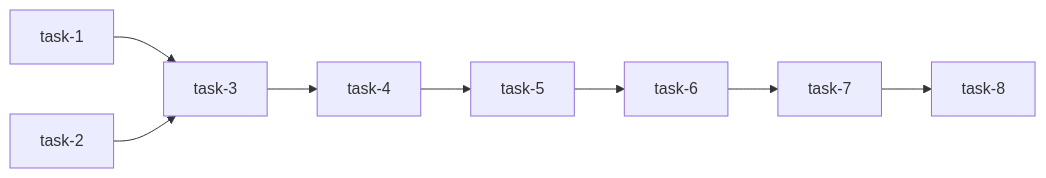
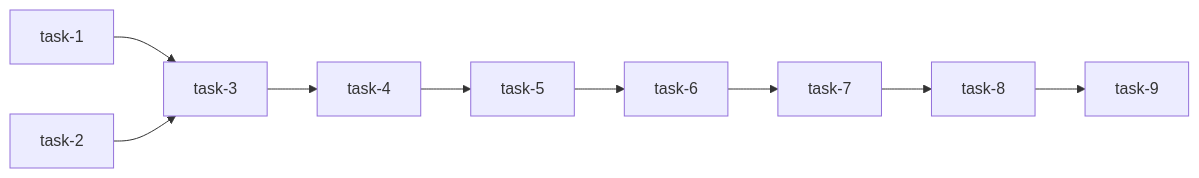
The fifth of 5 diagrams in docs/features/F1/tasks.md (merge-mates/patent-ai-workspace), drawn with Mermaid before and after one commit. The commit also changed other lines of this file and 1 other file, not shown here.

First line of the commit message:
docs(docs): F1 m1-i2-18 task-9 계획·결과와 설계 맞추기

````diff
--- a/docs/features/F1/tasks.md
+++ b/docs/features/F1/tasks.md
@@ -232,10 +232,11 @@
 ```mermaid
 graph LR
     task-1 --> task-3
     task-2 --> task-3
     task-3 --> task-4
     task-4 --> task-5
     task-5 --> task-6
     task-6 --> task-7
     task-7 --> task-8
+    task-8 --> task-9
 ```
````
